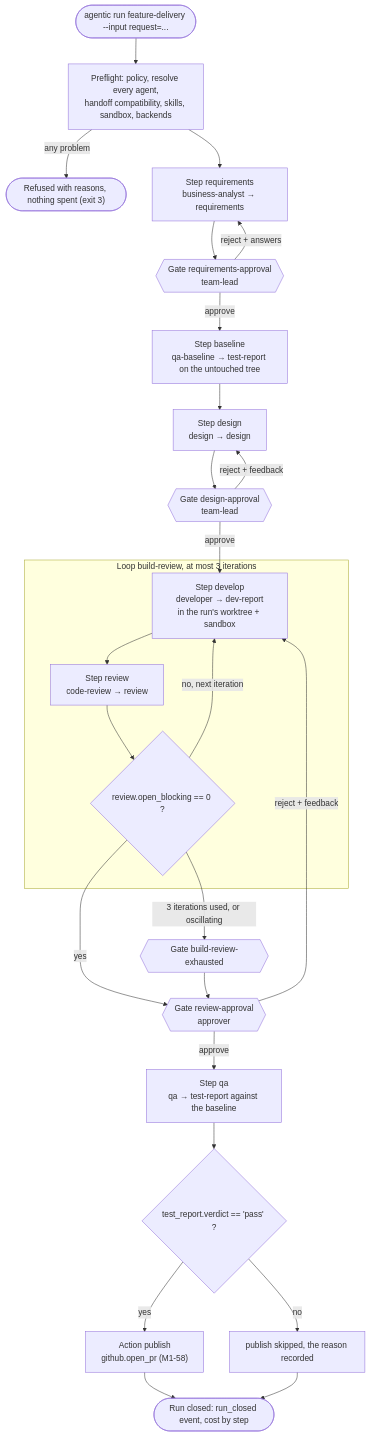
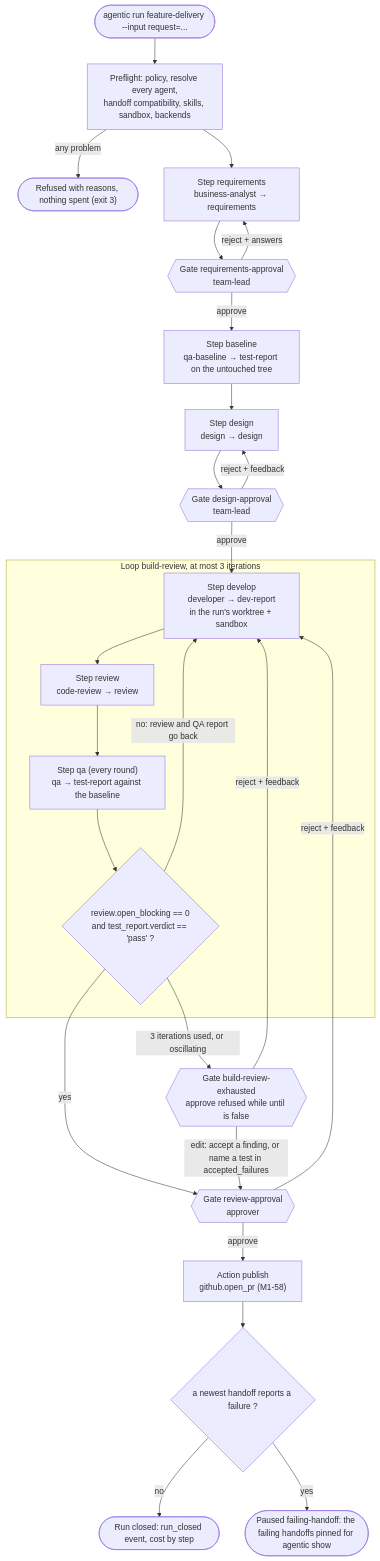
One commit to cbeyondcloud/agentic-sdlc changed the first of 5 diagrams in docs/architecture/call-flow.md. Above: the diagram before and after it, drawn with Mermaid. The commit also changed other lines of this file and 2 other files, not shown here.

Commit message:
docs: pipeline templates and call flow show QA in the loop and the on-fail rules (M1-81)
DF-270: the loop example's until reads review and QA, with QA inside the
loop; the comments name the failing-handoff pause, the exhausted-gate rule
and accepted_failures. The call-flow diagram shows QA in the build loop,
the exhausted gate's choices and the failing-handoff pause (all five
diagrams render with mermaid-cli 11.4.2).

````diff
--- a/docs/architecture/call-flow.md
+++ b/docs/architecture/call-flow.md
@@ -15,28 +15,28 @@
 ```mermaid
 flowchart TD
     start(["agentic run feature-delivery --input request=..."]) --> pre["Preflight: policy, resolve every agent,<br/>handoff compatibility, skills, sandbox, backends"]
     pre -->|any problem| stop(["Refused with reasons, nothing spent (exit 3)"])
     pre --> ba["Step requirements<br/>business-analyst → requirements"]
     ba --> g0{{"Gate requirements-approval<br/>team-lead"}}
     g0 -->|reject + answers| ba
     g0 -->|approve| base["Step baseline<br/>qa-baseline → test-report on the untouched tree"]
     base --> design["Step design<br/>design → design"]
     design --> g1{{"Gate design-approval<br/>team-lead"}}
     g1 -->|reject + feedback| design
     g1 -->|approve| dev
     subgraph loop ["Loop build-review, at most 3 iterations"]
         dev["Step develop<br/>developer → dev-report<br/>in the run's worktree + sandbox"] --> rev["Step review<br/>code-review → review"]
-        rev --> until{"review.open_blocking == 0 ?"}
-        until -->|no, next iteration| dev
+        rev --> qa["Step qa (every round)<br/>qa → test-report against the baseline"]
+        qa --> until{"review.open_blocking == 0<br/>and test_report.verdict == 'pass' ?"}
+        until -->|no: review and QA report go back| dev
     end
     until -->|yes| g2{{"Gate review-approval<br/>approver"}}
-    until -->|"3 iterations used, or oscillating"| gx{{"Gate build-review-exhausted"}}
-    gx --> g2
+    until -->|"3 iterations used, or oscillating"| gx{{"Gate build-review-exhausted<br/>approve refused while until is false"}}
+    gx -->|"edit: accept a finding, or name a test in accepted_failures"| g2
+    gx -->|reject + feedback| dev
     g2 -->|reject + feedback| dev
-    g2 -->|approve| qa["Step qa<br/>qa → test-report against the baseline"]
-    qa --> when{"test_report.verdict == 'pass' ?"}
-    when -->|yes| pr["Action publish<br/>github.open_pr (M1-58)"]
-    when -->|no| skipped["publish skipped, the reason recorded"]
-    pr --> done(["Run closed: run_closed event, cost by step"])
-    skipped --> done
+    g2 -->|approve| pr["Action publish<br/>github.open_pr (M1-58)"]
+    pr --> last{"a newest handoff reports a failure ?"}
+    last -->|no| done(["Run closed: run_closed event, cost by step"])
+    last -->|yes| failing(["Paused failing-handoff: the failing handoffs pinned for agentic show"])
 ```
````
